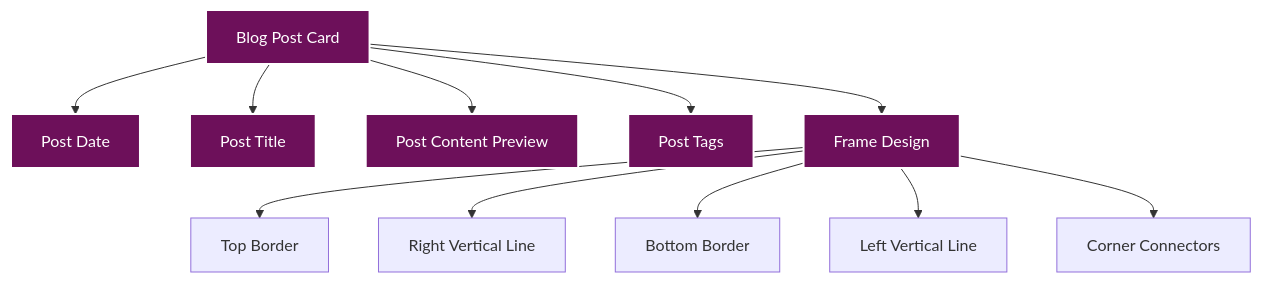
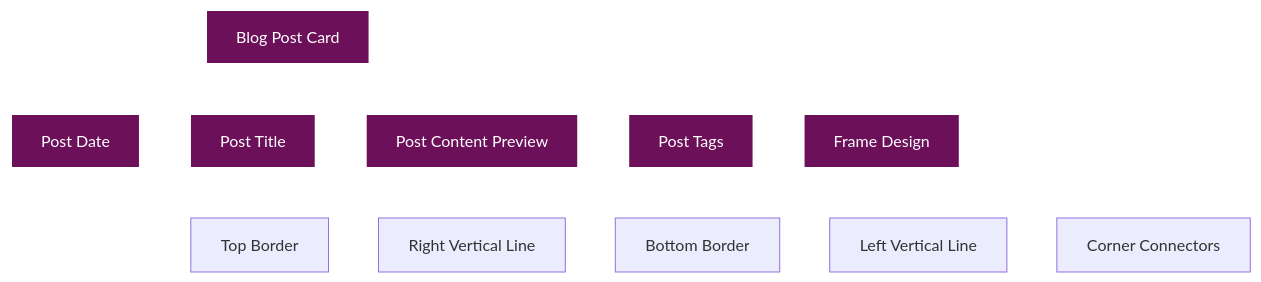
Before and after one commit to radicalkjax/blog: the fourth of 7 diagrams in MIGRATION_DOCUMENTATION.md, drawn with Mermaid. The commit also changed other lines of this file, not shown here.

````diff
--- a/MIGRATION_DOCUMENTATION.md
+++ b/MIGRATION_DOCUMENTATION.md
@@ -138,21 +147,23 @@
 ```mermaid
 graph TD
     A[Blog Post Card] --> B[Post Date]
     A --> C[Post Title]
     A --> D[Post Content Preview]
     A --> E[Post Tags]
     
     A --> F[Frame Design]
     F --> F1[Top Border]
     F --> F2[Right Vertical Line]
     F --> F3[Bottom Border]
     F --> F4[Left Vertical Line]
     F --> F5[Corner Connectors]
     
     style A fill:#6d105a,stroke:#fff,stroke-width:2px,color:#fff
     style B fill:#6d105a,stroke:#fff,stroke-width:2px,color:#fff
     style C fill:#6d105a,stroke:#fff,stroke-width:2px,color:#fff
     style D fill:#6d105a,stroke:#fff,stroke-width:2px,color:#fff
     style E fill:#6d105a,stroke:#fff,stroke-width:2px,color:#fff
     style F fill:#6d105a,stroke:#fff,stroke-width:2px,color:#fff
+    
+    linkStyle 0,1,2,3,4,5,6,7,8,9 stroke:#fff,stroke-width:2px;
 ```
````
